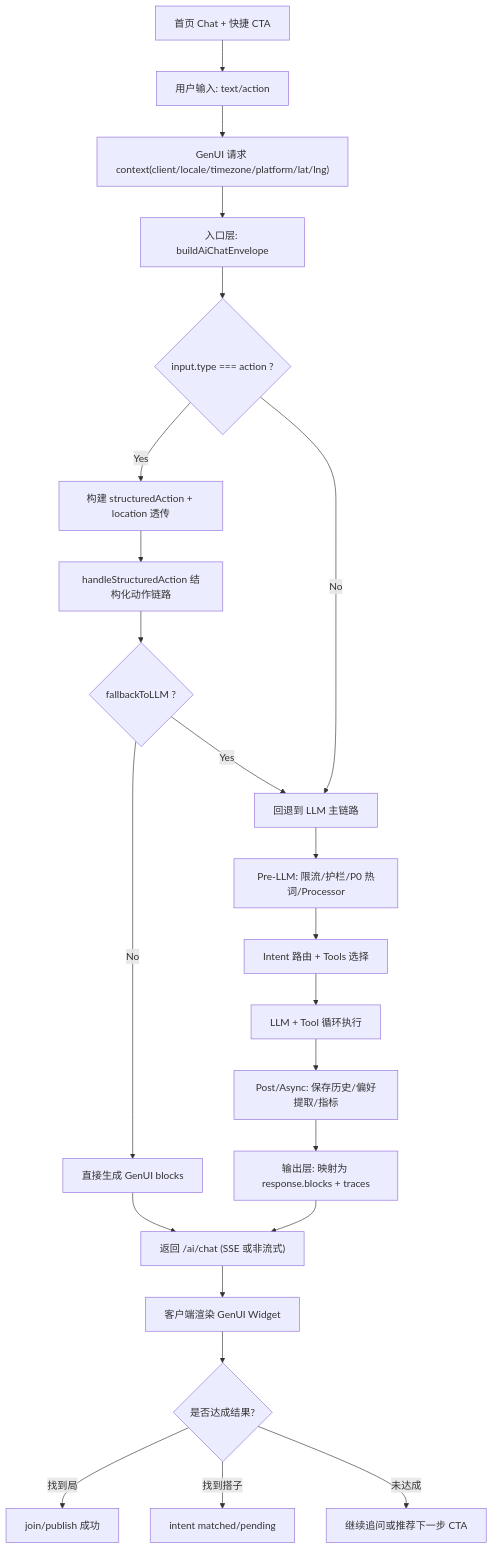
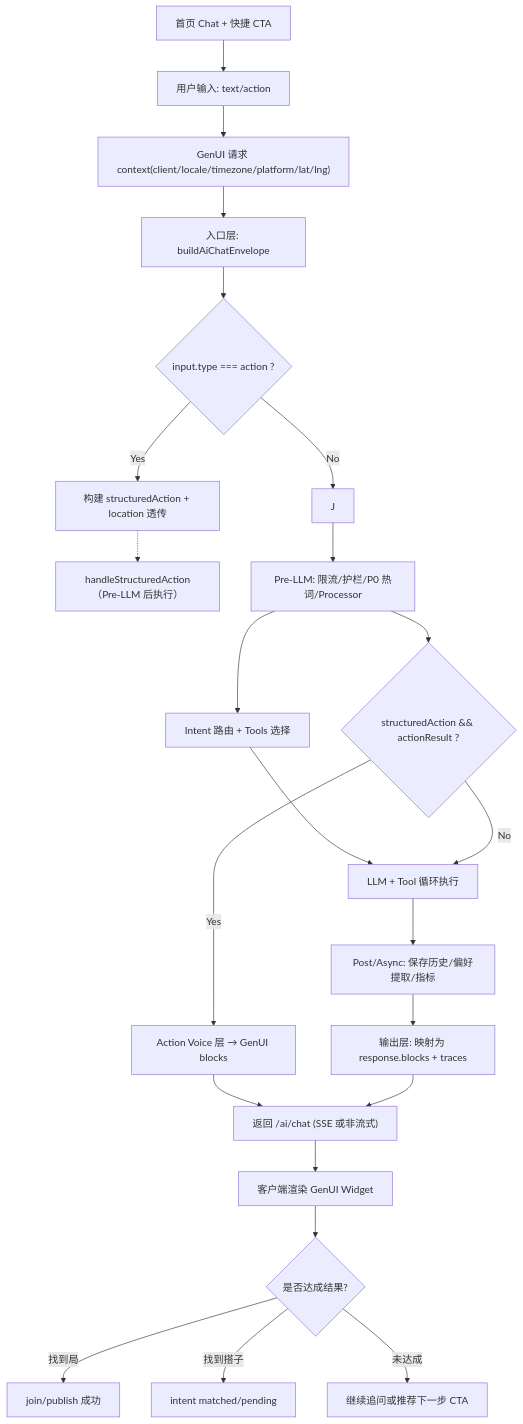
Before and after one commit to sylasxu/xu: the first of 4 diagrams in docs/TAD.md, drawn with Mermaid. The commit also changed other lines of this file and 39 other files, not shown here.

````diff
--- a/docs/TAD.md
+++ b/docs/TAD.md
@@ -2169,29 +2169,30 @@
 ```mermaid
 flowchart TD
     A["首页 Chat + 快捷 CTA"] --> B["用户输入: text/action"]
     B --> C["GenUI 请求 context(client/locale/timezone/platform/lat/lng)"]
     C --> D["入口层: buildAiChatEnvelope"]
 
     D --> E{"input.type === action ?"}
     E -->|Yes| F["构建 structuredAction + location 透传"]
-    F --> G["handleStructuredAction 结构化动作链路"]
-    G --> H{"fallbackToLLM ?"}
-    H -->|No| I["直接生成 GenUI blocks"]
-    H -->|Yes| J["回退到 LLM 主链路"]
+    F -.-> G["handleStructuredAction（Pre-LLM 后执行）"]
 
     E -->|No| J
 
     J --> K["Pre-LLM: 限流/护栏/P0 热词/Processor"]
     K --> L["Intent 路由 + Tools 选择"]
     L --> M["LLM + Tool 循环执行"]
     M --> N["Post/Async: 保存历史/偏好提取/指标"]
     N --> O["输出层: 映射为 response.blocks + traces"]
 
+    K --> H{"structuredAction && actionResult ?"}
+    H -->|Yes| I["Action Voice 层 → GenUI blocks"]
+    H -->|No| M
+
     I --> P["返回 /ai/chat (SSE 或非流式)"]
     O --> P
     P --> Q["客户端渲染 GenUI Widget"]
     Q --> R{"是否达成结果?"}
     R -->|找到局| S["join/publish 成功"]
     R -->|找到搭子| T["intent matched/pending"]
     R -->|未达成| U["继续追问或推荐下一步 CTA"]
 ```
````
